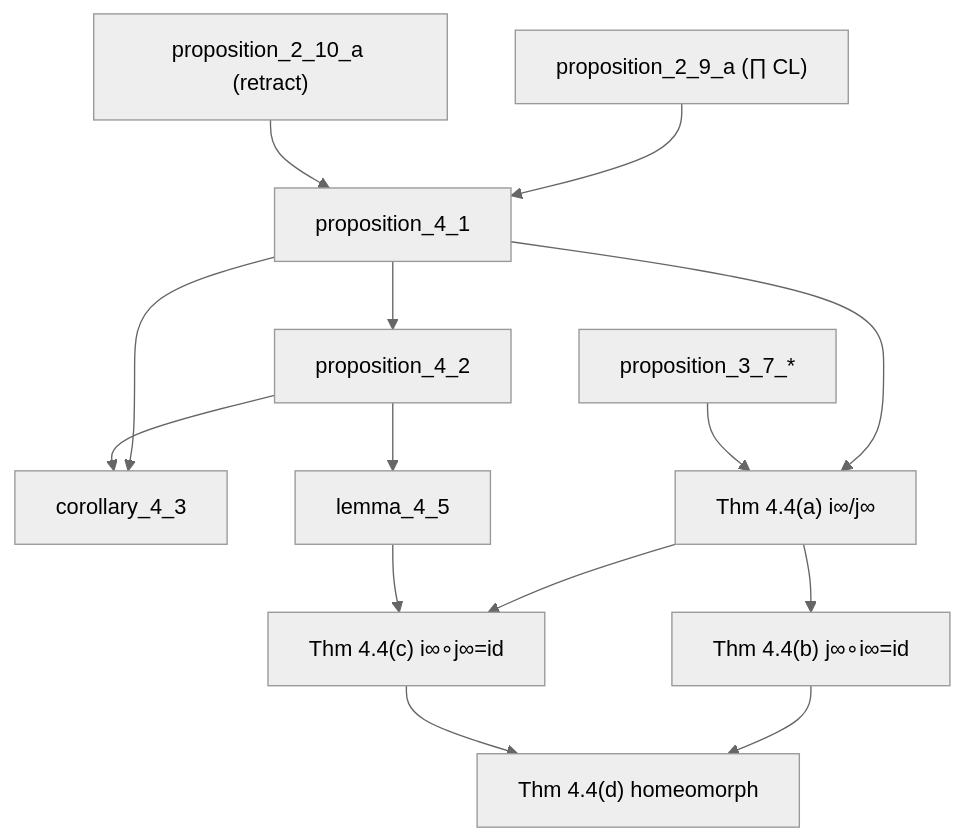
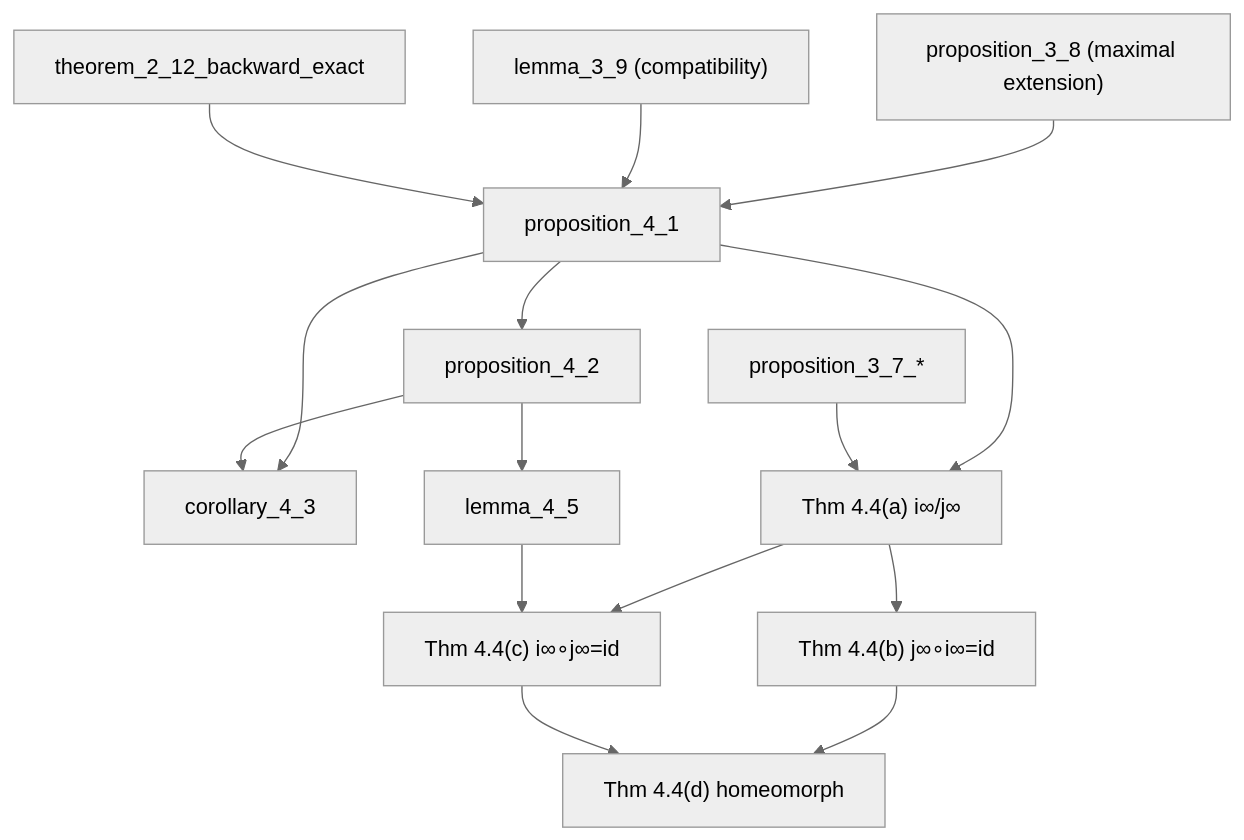
One commit to catskillsresearch/scott1972 changed the fifth of 5 diagrams in arxiv.md. Above: the diagram before and after it, drawn with Mermaid (neutral theme). The commit also changed other lines of this file and 13 other files, not shown here.

````diff
--- a/arxiv.md
+++ b/arxiv.md
@@ -365,28 +367,30 @@
 ```mermaid
 flowchart TD
   P37["proposition_3_7_*"]
-  P29a["proposition_2_9_a (∏ CL)"]
-  P210a["proposition_2_10_a (retract)"]
+  P38["proposition_3_8 (maximal extension)"]
+  L39["lemma_3_9 (compatibility)"]
+  T212["theorem_2_12_backward_exact"]
   P41["proposition_4_1"]
   P42["proposition_4_2"]
   C43["corollary_4_3"]
   L45["lemma_4_5"]
   T44a["Thm 4.4(a) i∞/j∞"]
   T44b["Thm 4.4(b) j∞∘i∞=id"]
   T44c["Thm 4.4(c) i∞∘j∞=id"]
   T44d["Thm 4.4(d) homeomorph"]
 
-  P29a --> P41
-  P210a --> P41
+  P38 --> P41
+  L39 --> P41
+  T212 --> P41
   P41 --> P42
   P41 --> C43
   P42 --> C43
   P42 --> L45
   P41 --> T44a
   P37 --> T44a
   T44a --> T44b
   T44a --> T44c
   L45 --> T44c
   T44b --> T44d
   T44c --> T44d
 ```
````
